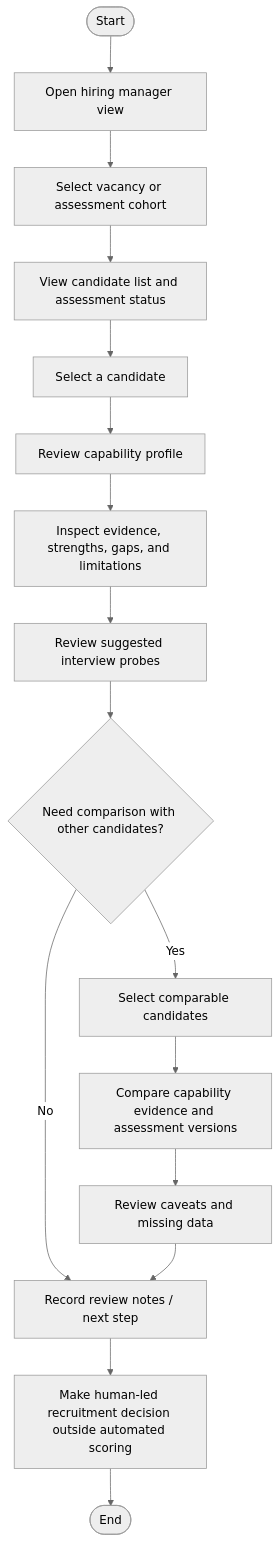
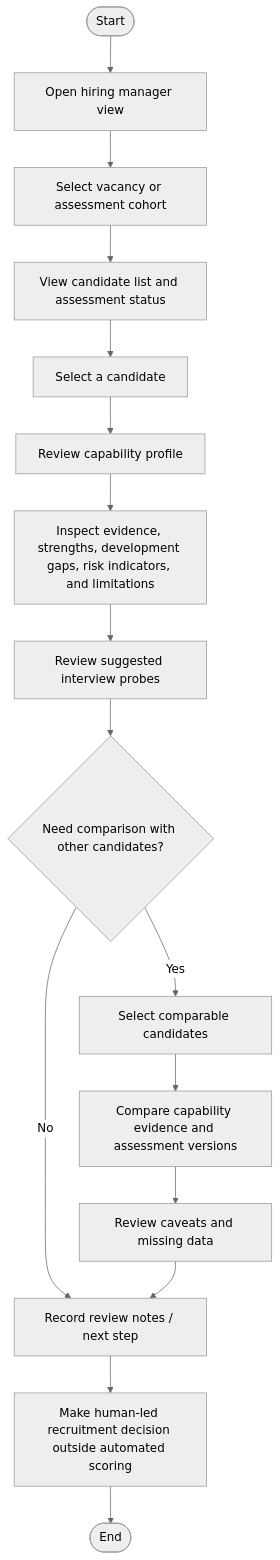
The second of 5 diagrams in docs/user-flows.md (ponli550/DXP-CandidateAssessment), drawn with Mermaid (neutral theme) before and after one commit. The commit also changed other lines of this file and 2 other files, not shown here.

Commit message:
Align PRD and flows with the submitted proposal (#28)

````diff
--- a/docs/user-flows.md
+++ b/docs/user-flows.md
@@ -37,18 +37,18 @@
 ```mermaid
 flowchart TD
     A([Start]) --> B[Open hiring manager view]
     B --> C[Select vacancy or assessment cohort]
     C --> D[View candidate list and assessment status]
     D --> E[Select a candidate]
     E --> F[Review capability profile]
-    F --> G[Inspect evidence, strengths, gaps, and limitations]
+    F --> G[Inspect evidence, strengths, development gaps, risk indicators, and limitations]
     G --> H[Review suggested interview probes]
     H --> I{Need comparison with other candidates?}
     I -- Yes --> J[Select comparable candidates]
     J --> K[Compare capability evidence and assessment versions]
     K --> L[Review caveats and missing data]
     I -- No --> M[Record review notes / next step]
     L --> M
     M --> N[Make human-led recruitment decision outside automated scoring]
     N --> O([End])
 ```
````
